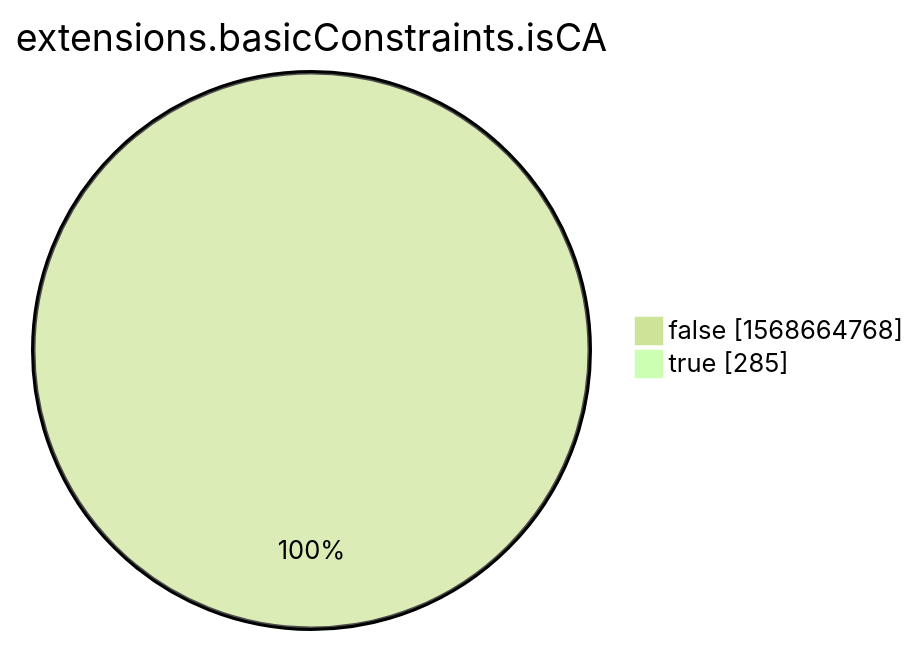
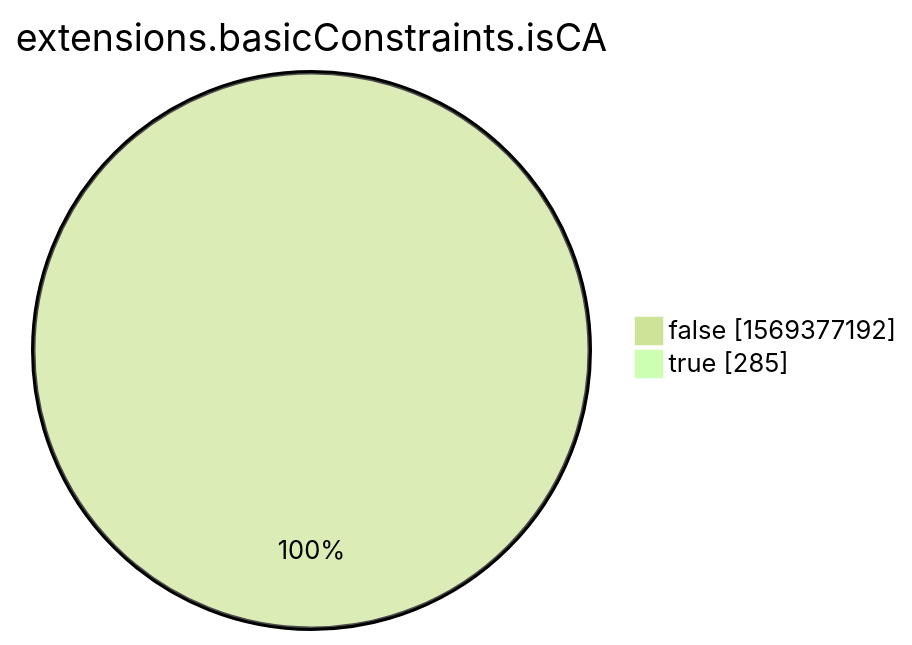
Before and after one commit to christiankrug/ctmonitor_visualization: the eighth of 15 diagrams in xenon2022/README.md, drawn with Mermaid (forest theme). The commit also changed other lines of this file, not shown here.

````diff
--- a/xenon2022/README.md
+++ b/xenon2022/README.md
@@ -2861,6 +2861,6 @@
 ```mermaid
 pie showData
 title extensions.basicConstraints.isCA
-"false" :1568664768
+"false" :1569377192
 "true" :285
 ```
````
